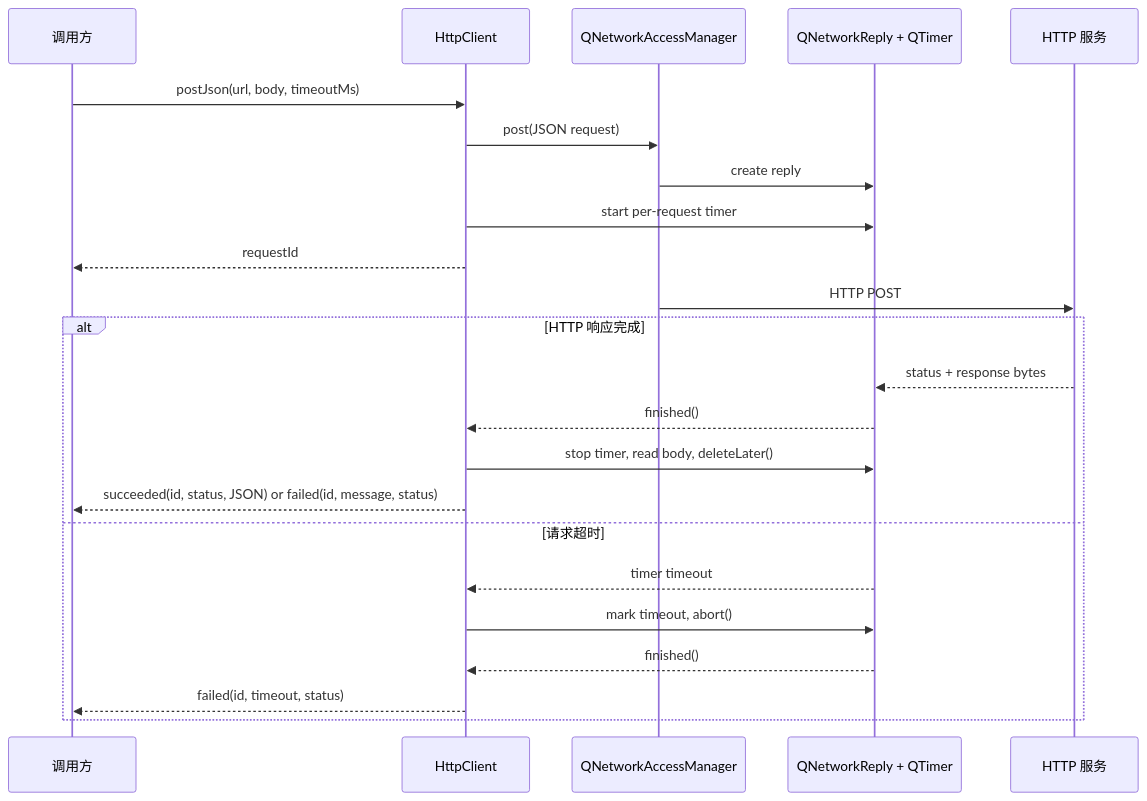
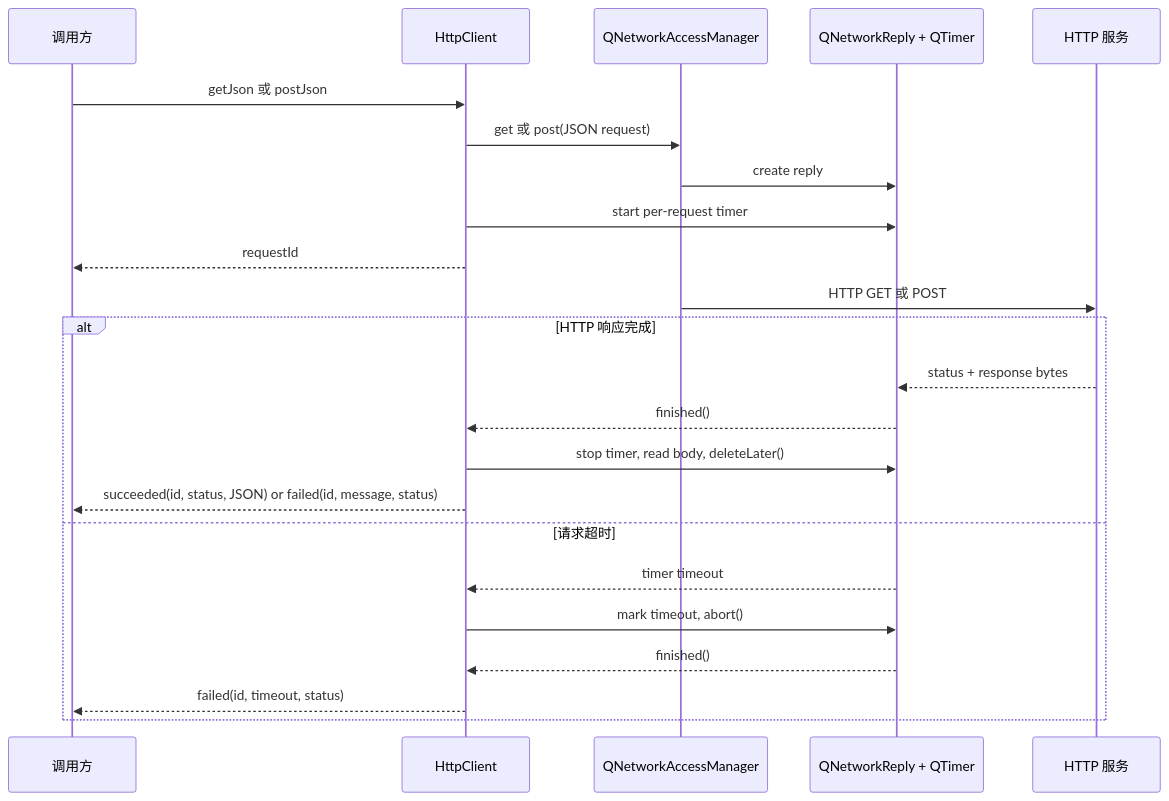
Before and after one commit to kingsman-svg/OBS: the diagram in docs/uml/http-request.mmd, drawn with Mermaid. The commit also changed 81 other files, not shown here.

```diff
--- a/docs/uml/http-request.mmd
+++ b/docs/uml/http-request.mmd
@@ -1,23 +1,23 @@
 sequenceDiagram
 participant C as 调用方
 participant H as HttpClient
 participant Q as QNetworkAccessManager
 participant R as QNetworkReply + QTimer
 participant S as HTTP 服务
-C->>H: postJson(url, body, timeoutMs)
-H->>Q: post(JSON request)
+C->>H: getJson 或 postJson
+H->>Q: get 或 post(JSON request)
 Q->>R: create reply
 H->>R: start per-request timer
 H-->>C: requestId
-Q->>S: HTTP POST
+Q->>S: HTTP GET 或 POST
 alt HTTP 响应完成
 S-->>R: status + response bytes
 R-->>H: finished()
 H->>R: stop timer, read body, deleteLater()
 H-->>C: succeeded(id, status, JSON) or failed(id, message, status)
 else 请求超时
 R-->>H: timer timeout
 H->>R: mark timeout, abort()
 R-->>H: finished()
 H-->>C: failed(id, timeout, status)
 end
```
